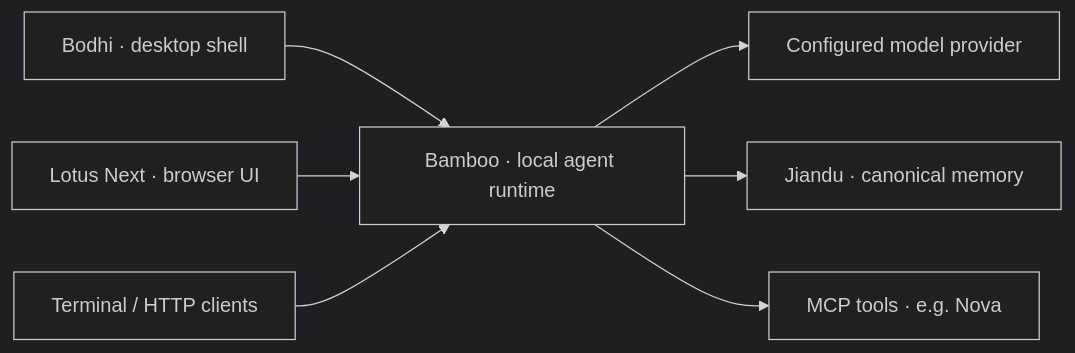
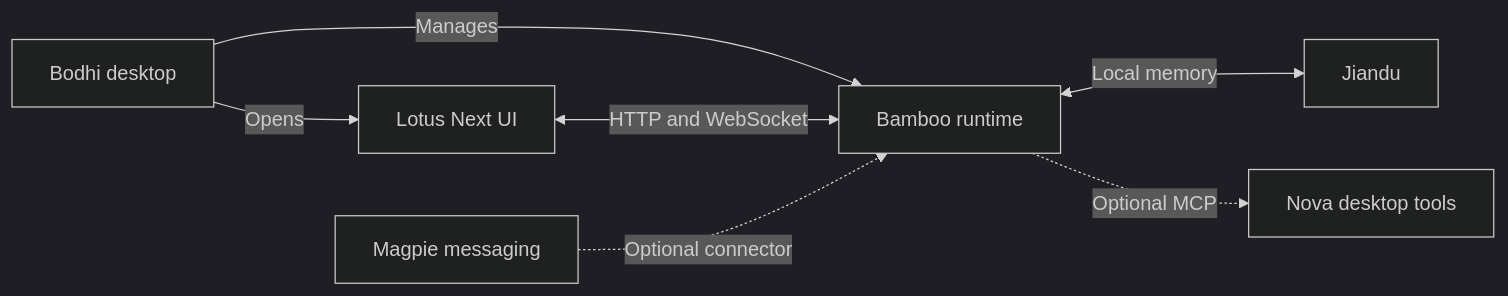
Before and after one commit to bigduu/Bamboo-agent: the fourth of 4 diagrams in README.md, drawn with Mermaid (dark theme). The commit also changed other lines of this file and 8 other files, not shown here.

Commit message:
docs: refresh Bamboo readmes and architecture guides

````diff
--- a/README.md
+++ b/README.md
@@ -199,9 +102,9 @@
 ```mermaid
 flowchart LR
-  Bodhi["Bodhi · desktop shell"] --> Bamboo["Bamboo · local agent runtime"]
-  Lotus["Lotus Next · browser UI"] --> Bamboo
-  CLI["Terminal / HTTP clients"] --> Bamboo
-  Bamboo --> Provider["Configured model provider"]
-  Bamboo --> Jiandu["Jiandu · canonical memory"]
-  Bamboo --> MCP["MCP tools · e.g. Nova"]
+    Bodhi["Bodhi desktop"] -->|Opens| Lotus["Lotus Next UI"]
+    Bodhi -->|Manages| Bamboo["Bamboo runtime"]
+    Lotus <-->|HTTP and WebSocket| Bamboo
+    Bamboo <-->|Local memory| Jiandu["Jiandu"]
+    Bamboo -.->|Optional MCP| Nova["Nova desktop tools"]
+    Magpie["Magpie messaging"] -.->|Optional connector| Bamboo
 ```
````
